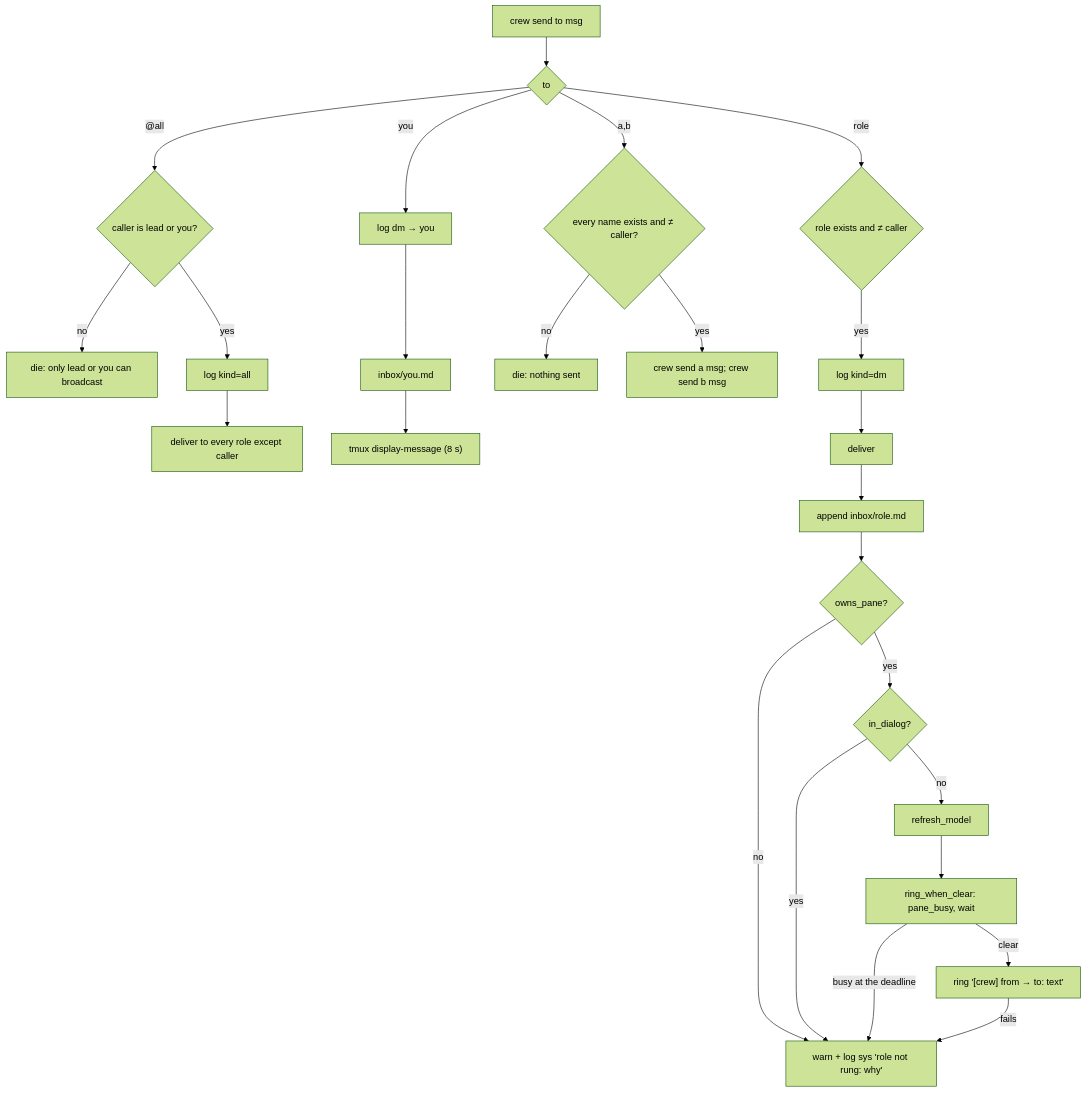
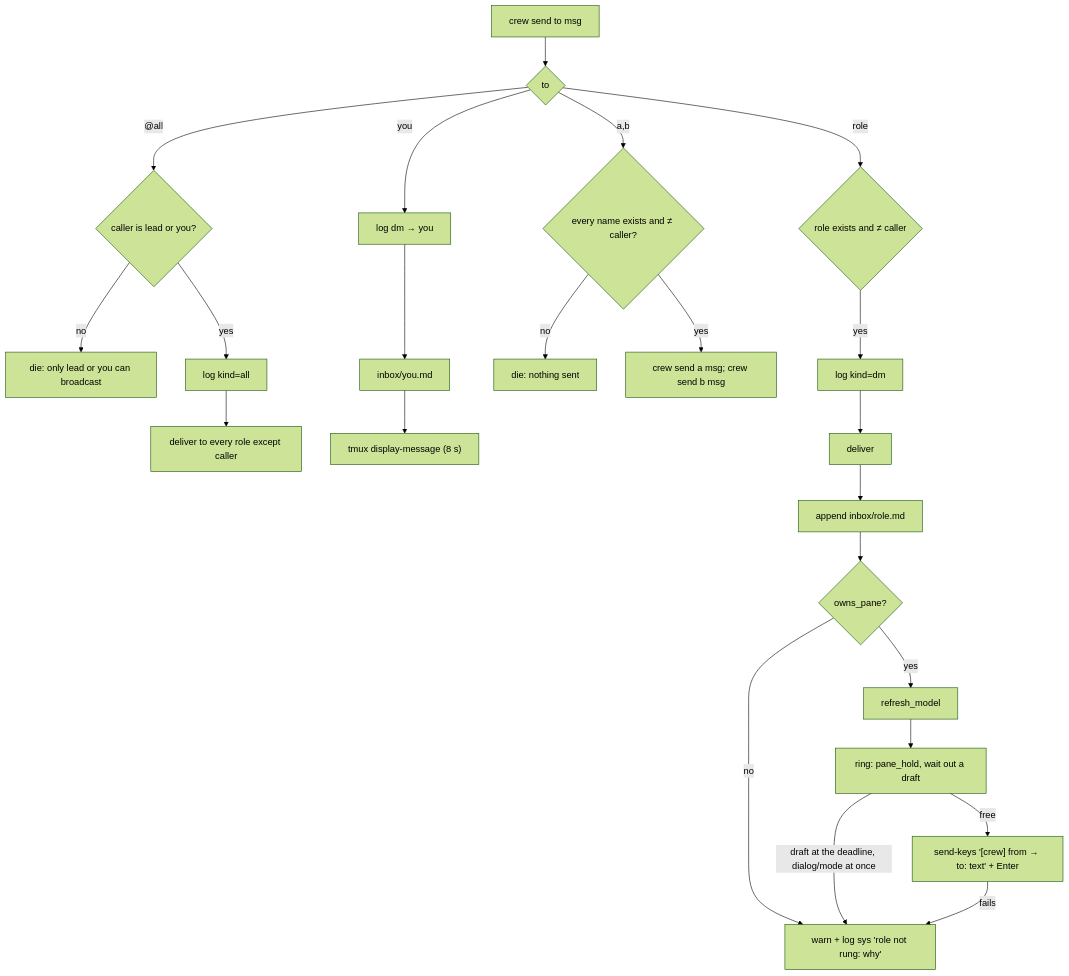
One commit to mifwar/crew changed the first of 3 diagrams in lode/cli/messaging.md. Above: the diagram before and after it, drawn with Mermaid (forest theme). The commit also changed other lines of this file and 10 other files, not shown here.

First line of the commit message:
crew: fix review findings; extract the pane readers into share/crew/pane.sh

````diff
--- a/lode/cli/messaging.md
+++ b/lode/cli/messaging.md
@@ -5,21 +5,19 @@
 ```mermaid
 flowchart TD
   s[crew send to msg] --> who{to}
   who -- "@all" --> perm{caller is lead or you?}
   perm -- no --> die[die: only lead or you can broadcast]
   perm -- yes --> logall[log kind=all] --> each["deliver to every role except caller"]
   who -- you --> logyou[log dm → you] --> youinbox[inbox/you.md] --> disp["tmux display-message (8 s)"]
   who -- "a,b" --> all{every name exists and ≠ caller?}
   all -- no --> die2[die: nothing sent]
   all -- yes --> each2["crew send a msg; crew send b msg"]
   who -- role --> check{role exists and ≠ caller}
   check -- yes --> logdm[log kind=dm] --> dl[deliver]
   dl --> inbox[append inbox/role.md] --> own{owns_pane?}
   own -- no --> notrung["warn + log sys 'role not rung: why'"]
-  own -- yes --> dlg{in_dialog?}
-  dlg -- yes --> notrung
-  dlg -- no --> model[refresh_model] --> busy["ring_when_clear: pane_busy, wait"]
-  busy -- "busy at the deadline" --> notrung
-  busy -- clear --> ring["ring '[crew] from → to: text'"]
+  own -- yes --> model[refresh_model] --> busy["ring: pane_hold, wait out a draft"]
+  busy -- "draft at the deadline, dialog/mode at once" --> notrung
+  busy -- free --> ring["send-keys '[crew] from → to: text' + Enter"]
   ring -- fails --> notrung
 ```
````
